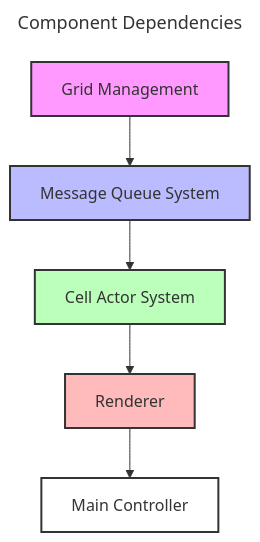
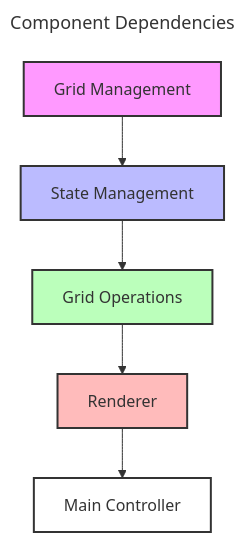
Before and after one commit to dewe/py-gol: the diagram in docs/implementation_plan.md, drawn with Mermaid. The commit also changed other lines of this file and 1 other file, not shown here.

Commit message:
docs: update documentation to reflect pure functional architecture

````diff
--- a/docs/implementation_plan.md
+++ b/docs/implementation_plan.md
@@ -14,16 +14,16 @@
 ```mermaid
 ---
 title: Component Dependencies
 ---
 graph TD
-    A[Grid Management] --> B[Message Queue System]
-    B --> C[Cell Actor System]
+    A[Grid Management] --> B[State Management]
+    B --> C[Grid Operations]
     C --> D[Renderer]
     D --> E[Main Controller]
     
     style A fill:#f9f,stroke:#333,stroke-width:2px
     style B fill:#bbf,stroke:#333,stroke-width:2px
     style C fill:#bfb,stroke:#333,stroke-width:2px
     style D fill:#fbb,stroke:#333,stroke-width:2px
     style E fill:#fff,stroke:#333,stroke-width:2px
 ```
````
